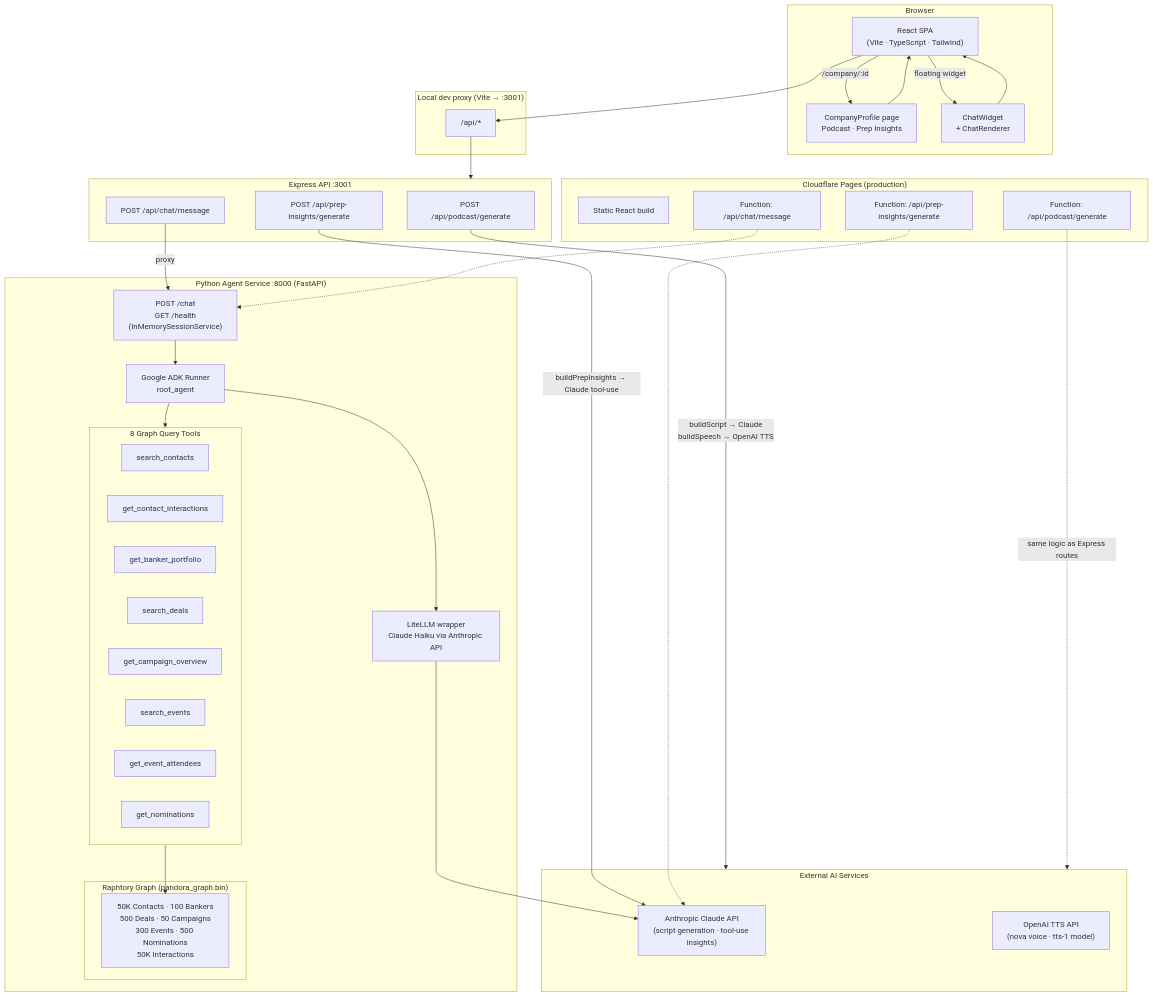
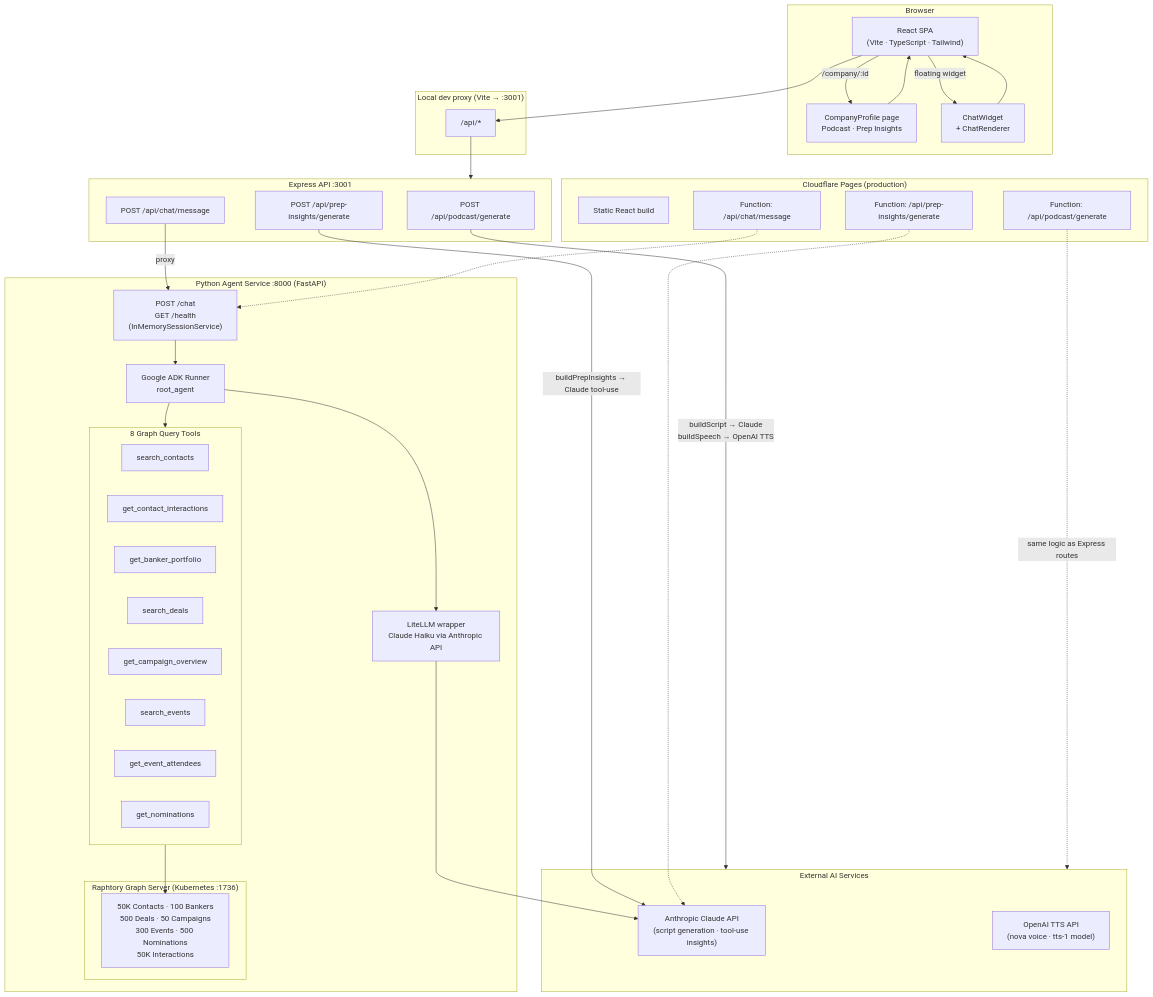
Before and after one commit to vsshan/pandora: the diagram in README.md, drawn with Mermaid. The commit also changed other lines of this file and 45 other files, not shown here.

````diff
--- a/README.md
+++ b/README.md
@@ -13,70 +13,70 @@
 ```mermaid
 graph TB
     subgraph Browser["Browser"]
         UI["React SPA\n(Vite · TypeScript · Tailwind)"]
         UI --> |"/company/:id"| CP["CompanyProfile page\nPodcast · Prep Insights"]
         UI --> |"floating widget"| CW["ChatWidget\n+ ChatRenderer"]
     end
 
     subgraph DevProxy["Local dev proxy (Vite → :3001)"]
         VP["/api/*"]
     end
 
     subgraph Express["Express API  :3001"]
         PR["POST /api/podcast/generate"]
         PIR["POST /api/prep-insights/generate"]
         CR["POST /api/chat/message"]
     end
 
     subgraph CFPages["Cloudflare Pages (production)"]
         Static["Static React build"]
         CF1["Function: /api/podcast/generate"]
         CF2["Function: /api/prep-insights/generate"]
         CF3["Function: /api/chat/message"]
     end
 
     subgraph AIServices["External AI Services"]
         Claude["Anthropic Claude API\n(script generation · tool-use insights)"]
         OAI["OpenAI TTS API\n(nova voice · tts-1 model)"]
     end
 
     subgraph PythonSvc["Python Agent Service  :8000  (FastAPI)"]
         FastAPI["POST /chat\nGET /health\n(InMemorySessionService)"]
         ADK["Google ADK Runner\nroot_agent"]
         LiteLLM["LiteLLM wrapper\nClaude Haiku via Anthropic API"]
 
         subgraph Tools["8 Graph Query Tools"]
             T1["search_contacts"]
             T2["get_contact_interactions"]
             T3["get_banker_portfolio"]
             T4["search_deals"]
             T5["get_campaign_overview"]
             T6["search_events"]
             T7["get_event_attendees"]
             T8["get_nominations"]
         end
 
-        subgraph Graph["Raphtory Graph  (pandora_graph.bin)"]
+        subgraph Graph["Raphtory Graph Server  (Kubernetes :1736)"]
             GN["50K Contacts · 100 Bankers\n500 Deals · 50 Campaigns\n300 Events · 500 Nominations\n50K Interactions"]
         end
 
         FastAPI --> ADK
         ADK --> LiteLLM
         LiteLLM --> Claude
         ADK --> Tools
         Tools --> GN
     end
 
     UI --> VP
     VP --> Express
     CP --> UI
     CW --> UI
 
     PR --> |buildScript → Claude\nbuildSpeech → OpenAI TTS| AIServices
     PIR --> |buildPrepInsights → Claude tool-use| Claude
     CR --> |proxy| FastAPI
 
     CF1 -.->|same logic as Express routes| AIServices
     CF2 -.-> Claude
     CF3 -.-> FastAPI
 ```
````
